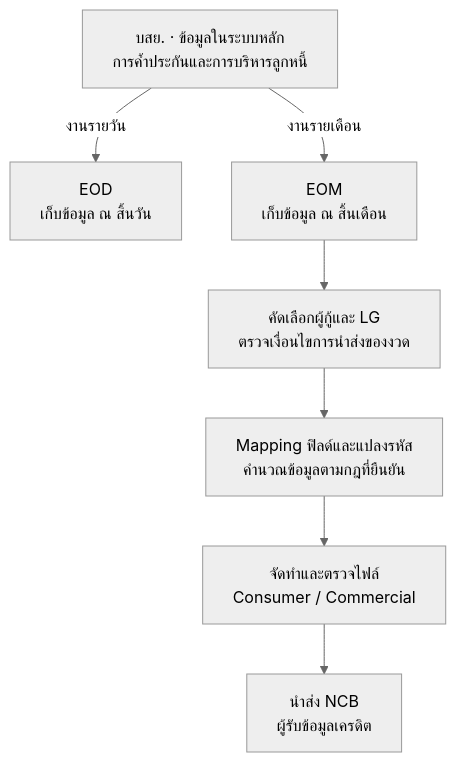
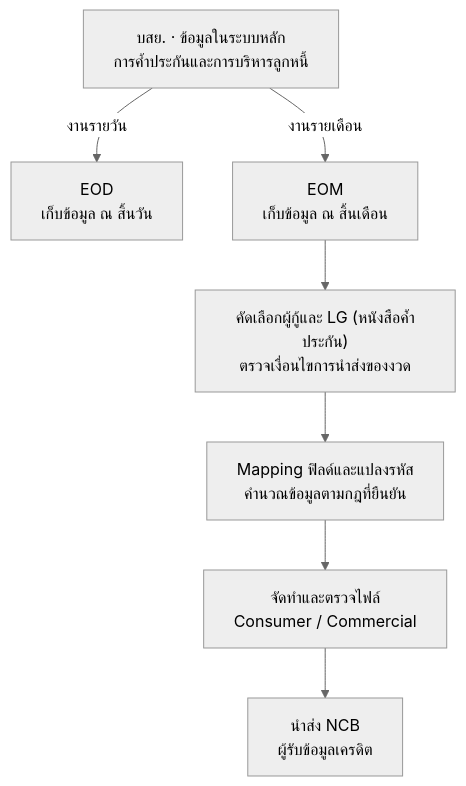
One commit to yukasung/eodncb changed the first of 4 diagrams in app/overview/page.mdx. Above: the diagram before and after it, drawn with Mermaid (neutral theme). The commit also changed other lines of this file and 16 other files, not shown here.

````diff
--- a/app/overview/page.mdx
+++ b/app/overview/page.mdx
@@ -24,10 +24,10 @@
 ```mermaid
 flowchart TD
     A["บสย. · ข้อมูลในระบบหลัก<br/>การค้ำประกันและการบริหารลูกหนี้"]
     A -->|งานรายวัน| B["EOD<br/>เก็บข้อมูล ณ สิ้นวัน"]
     A -->|งานรายเดือน| C["EOM<br/>เก็บข้อมูล ณ สิ้นเดือน"]
-    C --> D["คัดเลือกผู้กู้และ LG<br/>ตรวจเงื่อนไขการนำส่งของงวด"]
+    C --> D["คัดเลือกผู้กู้และ LG (หนังสือค้ำประกัน)<br/>ตรวจเงื่อนไขการนำส่งของงวด"]
     D --> E["Mapping ฟิลด์และแปลงรหัส<br/>คำนวณข้อมูลตามกฎที่ยืนยัน"]
     E --> F["จัดทำและตรวจไฟล์<br/>Consumer / Commercial"]
     F --> G["นำส่ง NCB<br/>ผู้รับข้อมูลเครดิต"]
 ```
````
